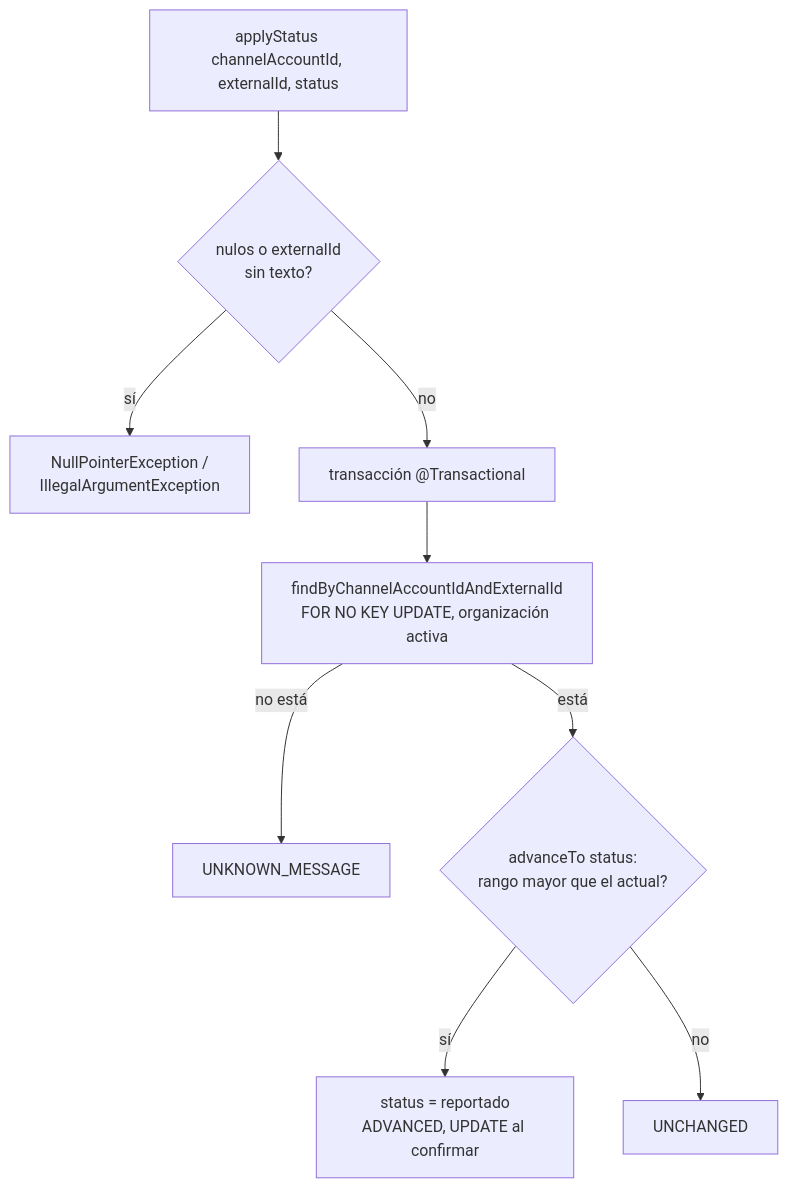
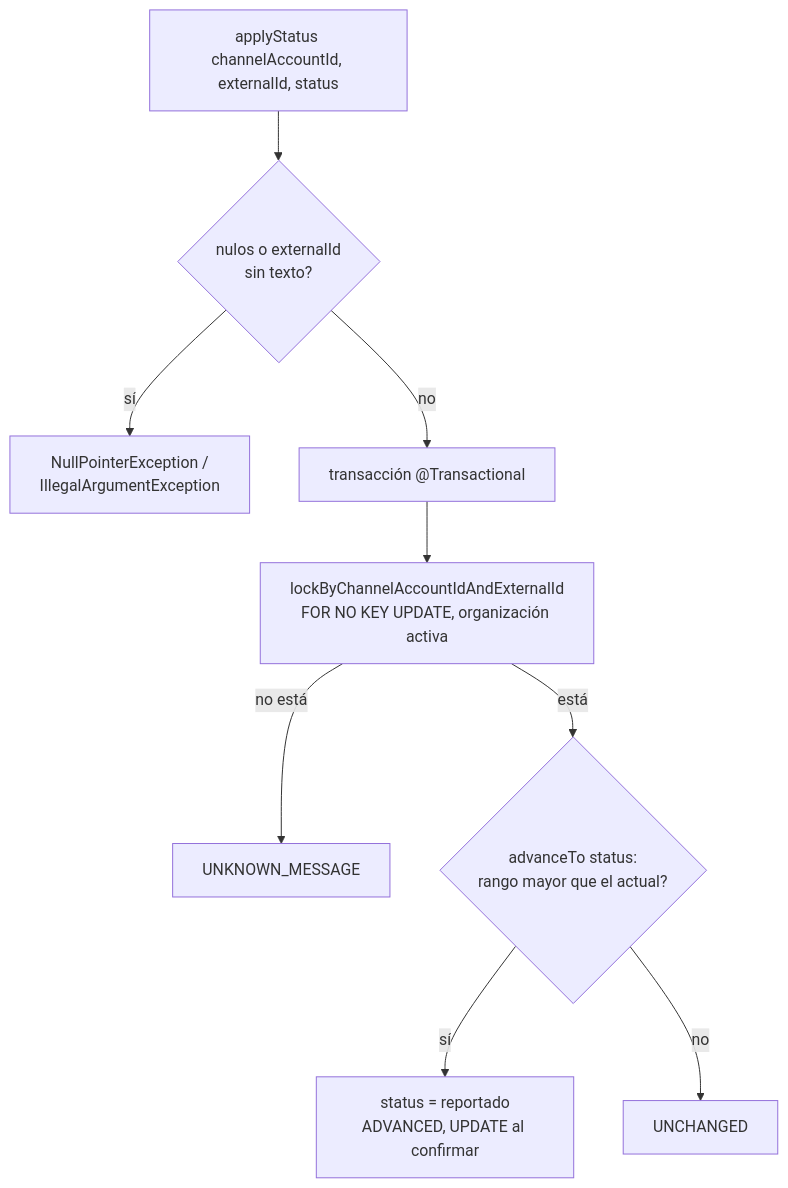
The third of 5 diagrams in docs/mensajes.md (zapmaxvevo/communicator-one), drawn with Mermaid before and after one commit. The commit also changed other lines of this file and 2 other files, not shown here.

````diff
--- a/docs/mensajes.md
+++ b/docs/mensajes.md
@@ -233,11 +236,11 @@
 ```mermaid
 flowchart TD
     A[applyStatus channelAccountId, externalId, status] --> V{nulos o externalId<br/>sin texto?}
     V -->|sí| X[NullPointerException /<br/>IllegalArgumentException]
     V -->|no| T[transacción @Transactional]
-    T --> F[findByChannelAccountIdAndExternalId<br/>FOR NO KEY UPDATE, organización activa]
+    T --> F[lockByChannelAccountIdAndExternalId<br/>FOR NO KEY UPDATE, organización activa]
     F -->|no está| U[UNKNOWN_MESSAGE]
     F -->|está| AD{advanceTo status:<br/>rango mayor que el actual?}
     AD -->|sí| ADV[status = reportado<br/>ADVANCED, UPDATE al confirmar]
     AD -->|no| UN[UNCHANGED]
 ```
````
